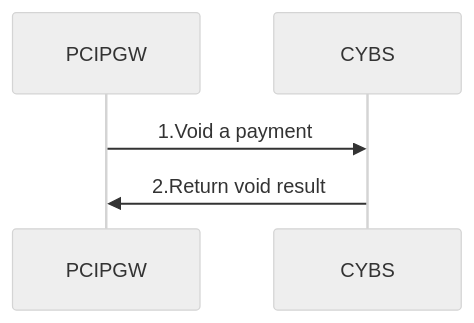
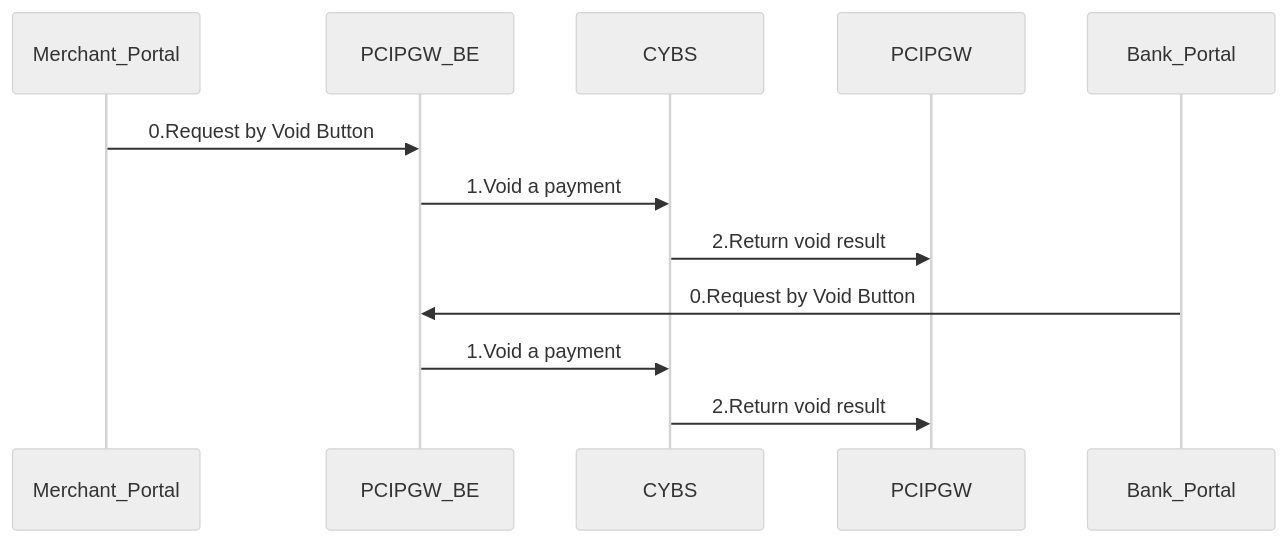
Before and after one commit to yuusuke25/MyNotes: the second of 3 diagrams in Cybs-Ph2-Flow2.md, drawn with Mermaid (neutral theme). The commit also changed other lines of this file, not shown here.

````diff
--- a/Cybs-Ph2-Flow2.md
+++ b/Cybs-Ph2-Flow2.md
@@ -23,5 +23,10 @@
 ```mermaid
     sequenceDiagram
-        PCIPGW->>CYBS:1.Void a payment
+        Merchant_Portal->>PCIPGW_BE:0.Request by Void Button
+        PCIPGW_BE->>CYBS:1.Void a payment
+        CYBS->>PCIPGW:2.Return void result
+        
+        Bank_Portal->>PCIPGW_BE:0.Request by Void Button
+        PCIPGW_BE->>CYBS:1.Void a payment
         CYBS->>PCIPGW:2.Return void result
 ```
````
